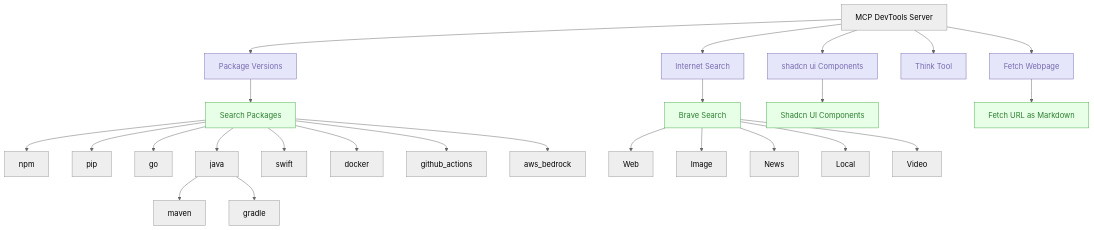
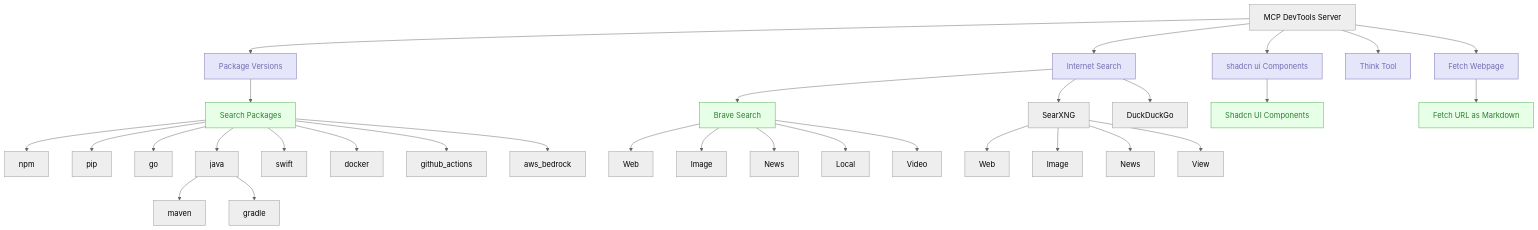
One commit to sammcj/mcp-devtools changed the diagram in README.md. Above: the diagram before and after it, drawn with Mermaid (neutral theme).

Commit message:
feat: duckduckgo support

````diff
--- a/README.md
+++ b/README.md
@@ -7,39 +7,47 @@
 ```mermaid
 graph TD
     A[MCP DevTools Server] --> B[Package Versions]
     A --> C[Internet Search]
     A --> D[Fetch Webpage]
     A --> E[Think Tool]
     A --> F[shadcn ui Components]
 
     B --> B1[Search Packages]
     B1 --> B1A[npm]
     B1 --> B1B[pip]
     B1 --> B1C[go]
     B1 --> B1D[java]
     B1 --> B1E[swift]
     B1 --> B1F[docker]
     B1 --> B1G[github_actions]
     B1 --> B1H[aws_bedrock]
     B1D --> B1D1[maven]
     B1D --> B1D2[gradle]
 
     C --> C1[Brave Search]
     C1 --> C1A[Web]
     C1 --> C1B[Image]
     C1 --> C1C[News]
     C1 --> C1D[Local]
     C1 --> C1E[Video]
 
+    C --> C2[SearXNG]
+    C2 --> C2A[Web]
+    C2 --> C2B[Image]
+    C2 --> C2C[News]
+    C2 --> C2D[View]
+
+    C --> C3[DuckDuckGo]
+
     F --> F1[Shadcn UI Components]
 
     D --> D1[Fetch URL as Markdown]
 
     classDef toolCategory fill:#E6E6FA,stroke:#756BB1,color:#756BB1
     classDef tool fill:#EFF3FF,stroke:#9ECAE1,color:#3182BD
     classDef searchTool fill:#E6FFE6,stroke:#4CAF50,color:#2E7D32
 
     class B,C,D,E,F toolCategory
     class B1,B2,E1,F1 tool
     class B1,C1,D1,F1 searchTool
 ```
````
